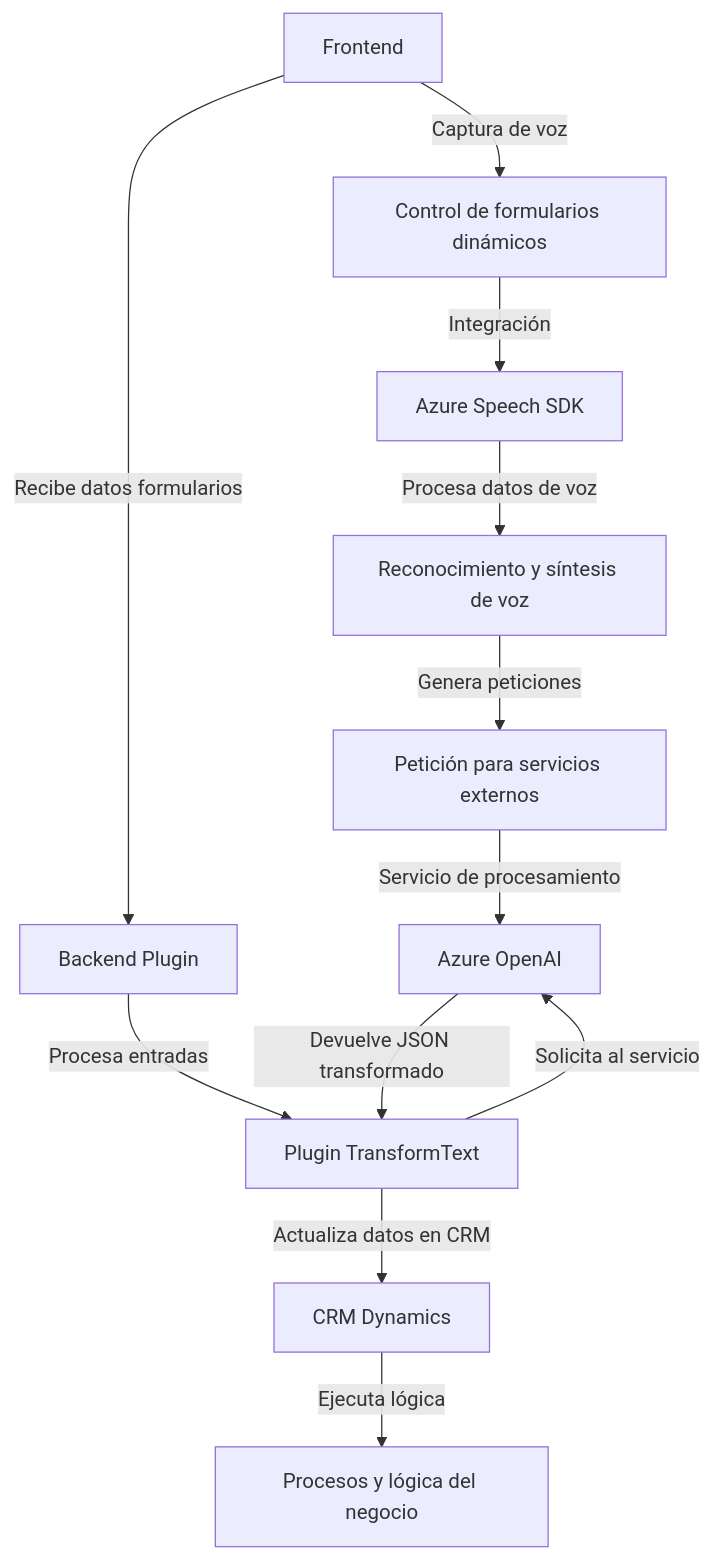
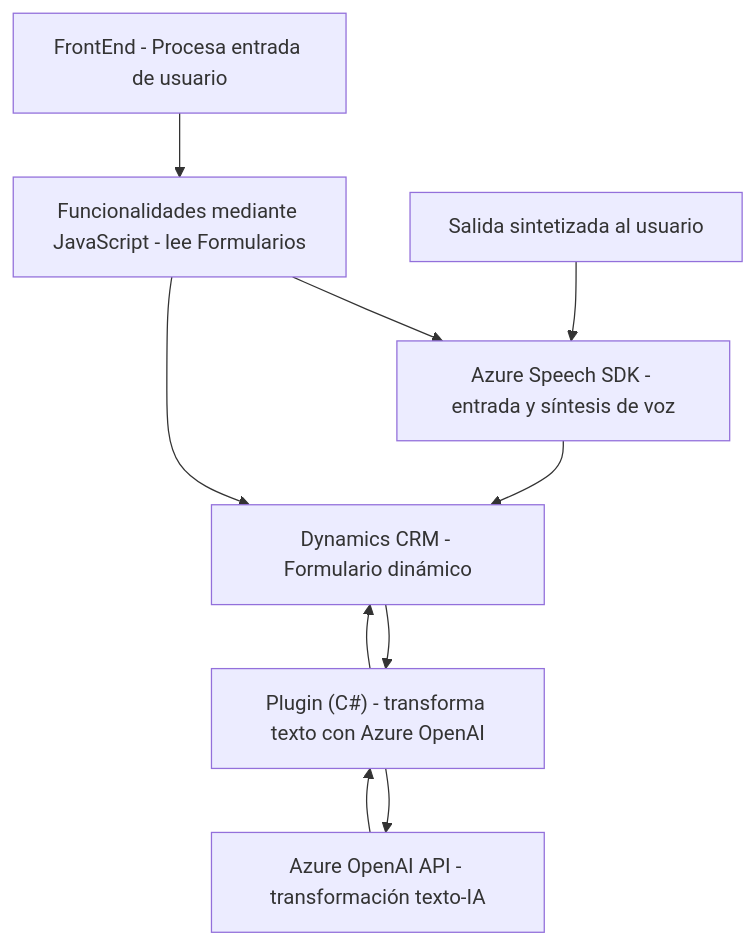
One commit to blopezdm/NETCORE_BILBAO2025 changed the diagram in README.md. Above: the diagram before and after it, drawn with Mermaid. The commit also changed other lines of this file, not shown here.

Commit message:
Actualizar análisis global de la solución con IA

````diff
--- a/README.md
+++ b/README.md
@@ -27,26 +25,20 @@
 ```mermaid
 graph TD
-    A["Frontend"]
-    B["Control de formularios dinámicos"]
-    C["Azure Speech SDK"]
-    D["Reconocimiento y síntesis de voz"]
-    E["Petición para servicios externos"]
-    F["Azure OpenAI"]
-    G["Backend Plugin"]
-    H["Plugin TransformText"]
-    I["CRM Dynamics"]
-    J["Procesos y lógica del negocio"]
+    A["FrontEnd - Procesa entrada de usuario"]
+    B["Funcionalidades mediante JavaScript - lee Formularios"]
+    C["Azure Speech SDK - entrada y síntesis de voz"]
+    D["Plugin (C#) - transforma texto con Azure OpenAI"]
+    E["Azure OpenAI API - transformación texto-IA"]
+    F["Dynamics CRM - Formulario dinámico"]
+    G["Salida sintetizada al usuario"]
 
-    A -->|Captura de voz| B
-    B -->|Integración| C
-    C -->|Procesa datos de voz| D
-    D -->|Genera peticiones| E
-    E -->|Servicio de procesamiento| F
-
-    A -->|Recibe datos formularios| G
-    G -->|Procesa entradas| H
-    H -->|Solicita al servicio| F
-    F -->|Devuelve JSON transformado| H
-    H -->|Actualiza datos en CRM| I
-    I -->|Ejecuta lógica| J
+    A --> B
+    B --> C
+    C --> F
+    B --> F
+    F --> D
+    D --> E
+    D --> F
+    E --> D
+    G --> C
 ```
````
